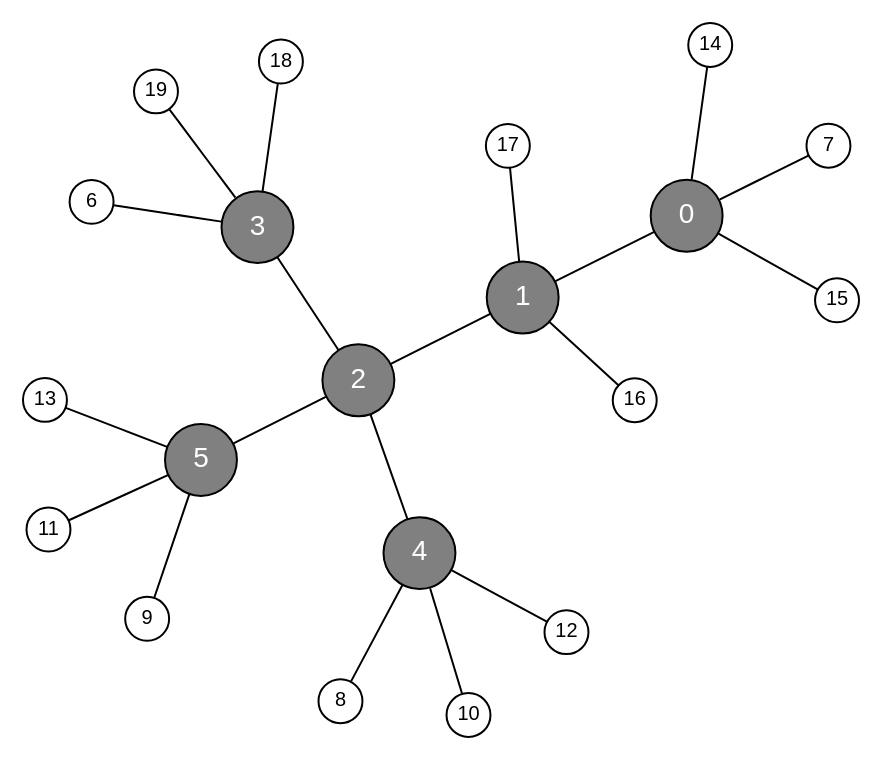
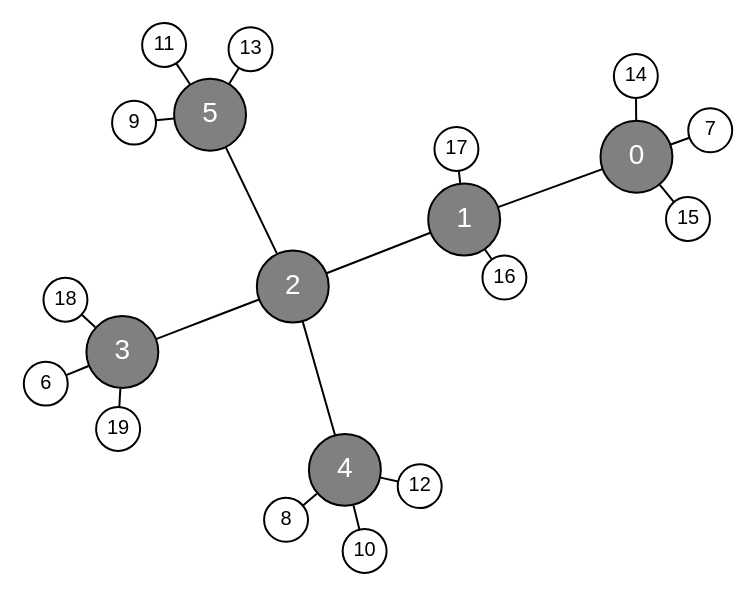
One commit to qcscine/molassembler changed the diagram in documents/2d_graph/dg.dot. Above: the diagram before and after it, drawn with Graphviz. The commit also changed 9 other files, not shown here.

```diff
--- a/documents/2d_graph/dg.dot
+++ b/documents/2d_graph/dg.dot
@@ -1,27 +1,29 @@
 graph G {
   graph [fontname = "Arial", layout = neato];
   node [fontname = "Arial", shape = circle, style = filled];
   edge [fontname = "Arial"];
-  node [fillcolor=gray, fontcolor=white] "0" "1" "2" "3" "4" "5" ;
-  node [fillcolor=white, fontcolor=black, fontsize=10, width=.3, fixedsize=true] "6" "7" "8" "9" "10" "11" "12" "13" "14" "15" "16" "17" "18" "19" ;
+  node [fillcolor=gray, fontcolor=white]
+  "0" "1" "2" "3" "4" "5";
+  node [fillcolor=white, fontcolor=black, fontsize=10, width=.3, fixedsize=true]
+  "6" "7" "8" "9" "10" "11" "12" "13" "14" "15" "16" "17" "18" "19";
 
-  "0" -- "1"
-  "0" -- "7"
-  "0" -- "14"
-  "0" -- "15"
-  "1" -- "2"
-  "1" -- "16"
-  "1" -- "17"
-  "2" -- "3"
-  "2" -- "4"
-  "2" -- "5"
-  "3" -- "6"
-  "3" -- "18"
-  "3" -- "19"
-  "4" -- "8"
-  "4" -- "10"
-  "4" -- "12"
-  "5" -- "9"
-  "5" -- "11"
-  "5" -- "13";
+  "0" -- "1" ;
+  "0" -- "7" [len=0.5];
+  "0" -- "14" [len=0.5];
+  "0" -- "15" [len=0.5];
+  "1" -- "2" ;
+  "1" -- "16" [len=0.5];
+  "1" -- "17" [len=0.5];
+  "2" -- "3" ;
+  "2" -- "4" ;
+  "2" -- "5" ;
+  "3" -- "6" [len=0.5];
+  "3" -- "18" [len=0.5];
+  "3" -- "19" [len=0.5];
+  "4" -- "8" [len=0.5];
+  "4" -- "10" [len=0.5];
+  "4" -- "12" [len=0.5];
+  "5" -- "9" [len=0.5];
+  "5" -- "11" [len=0.5];
+  "5" -- "13" [len=0.5];
 }
```
